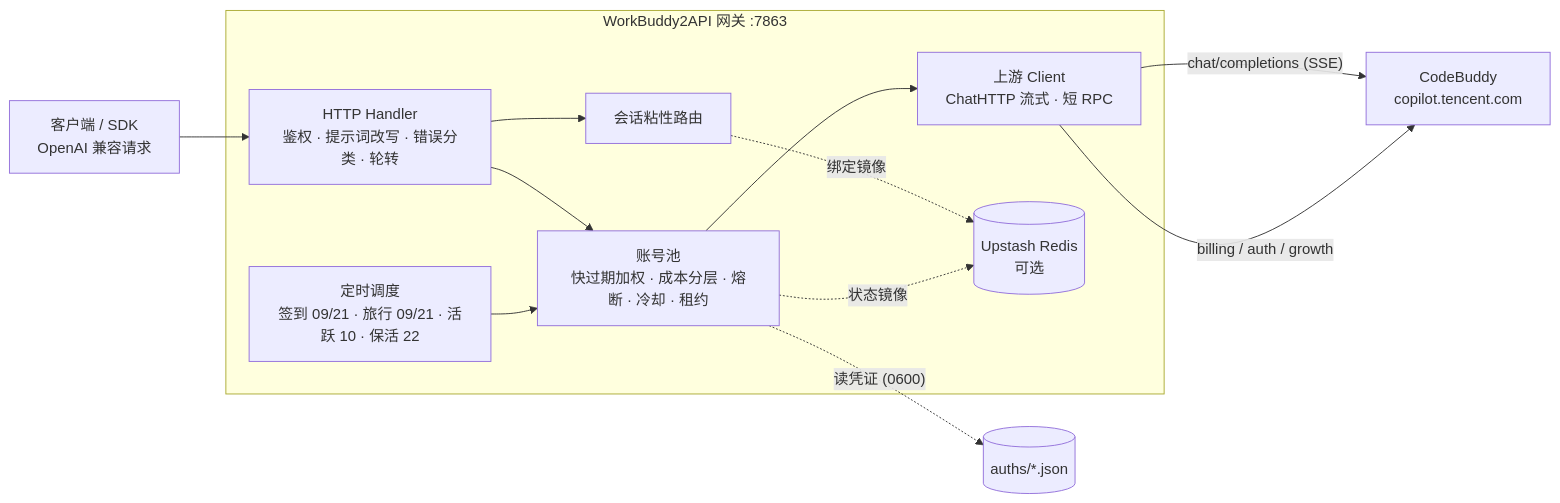
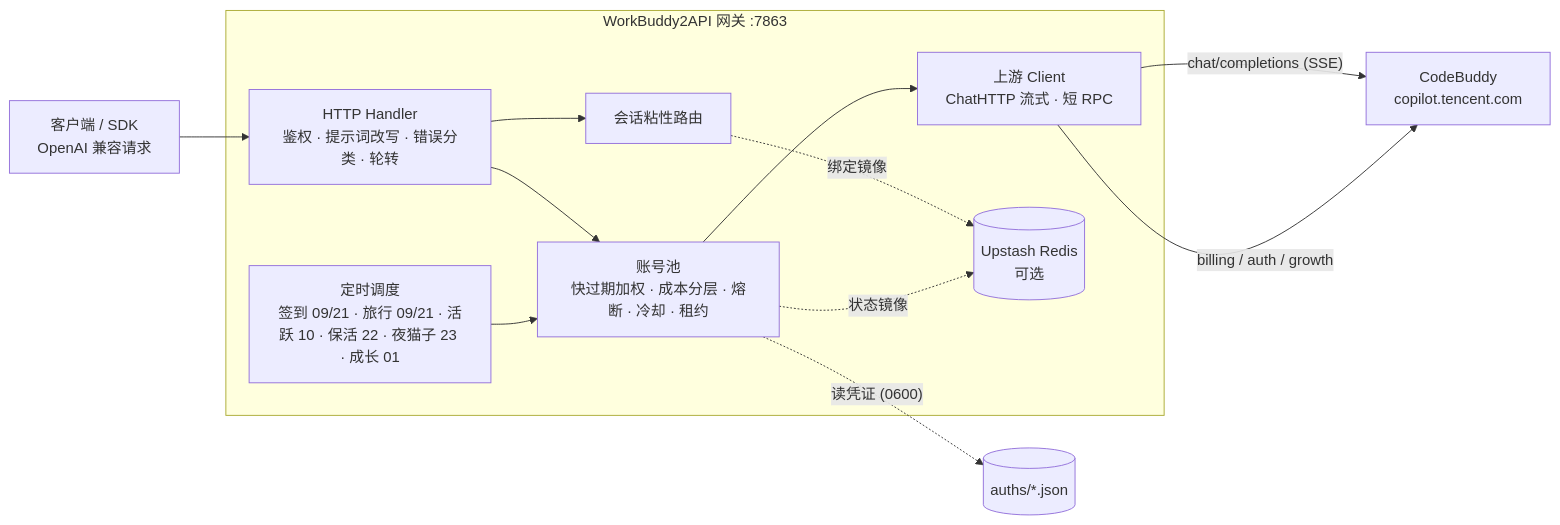
The diagram in README.md (renleihaokun/workbuddy2api-panel), drawn with Mermaid before and after one commit. The commit also changed other lines of this file, not shown here.

````diff
--- a/README.md
+++ b/README.md
@@ -300,18 +331,18 @@
 ```mermaid
 flowchart LR
     Client["客户端 / SDK\nOpenAI 兼容请求"] --> H
 
     subgraph GWI["WorkBuddy2API 网关 :7863"]
         H["HTTP Handler\n鉴权 · 提示词改写 · 错误分类 · 轮转"] --> P
         H --> S
         P["账号池\n快过期加权 · 成本分层 · 熔断 · 冷却 · 租约"] --> U
         S["会话粘性路由"] -.绑定镜像.-> REDIS
-        T["定时调度\n签到 09/21 · 旅行 09/21 · 活跃 10 · 保活 22"] --> P
+        T["定时调度\n签到 09/21 · 旅行 09/21 · 活跃 10 · 保活 22 · 夜猫子 23 · 成长 01"] --> P
         U["上游 Client\nChatHTTP 流式 · 短 RPC"]
     end
 
     P -. "读凭证 (0600)" .-> AUTH[("auths/*.json")]
     P -. "状态镜像" .-> REDIS[("Upstash Redis\n可选")]
     U -->|"chat/completions (SSE)"| CB["CodeBuddy\ncopilot.tencent.com"]
     U -->|"billing / auth / growth"| CB
 ```
````
